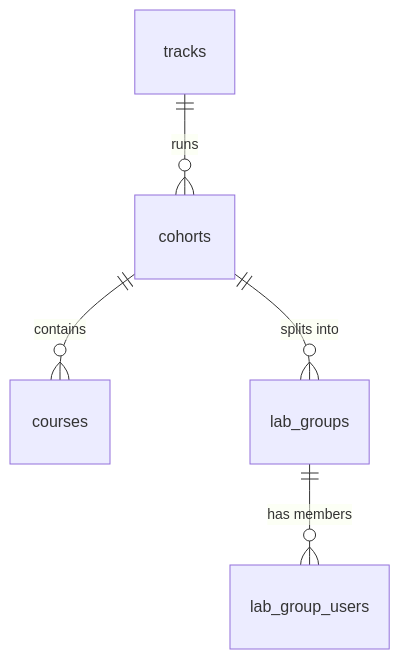
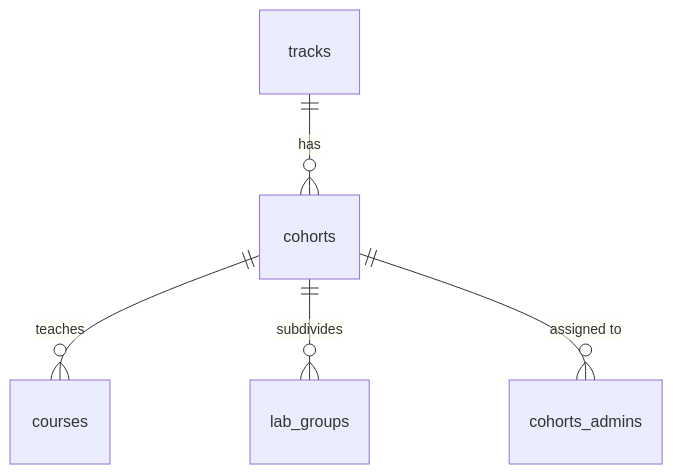
Before and after one commit to AndrewEmad14/attendance-and-grading-platform-backend: the second of 6 diagrams in README.md, drawn with Mermaid. The commit also changed other lines of this file and 1 other file, not shown here.

````diff
--- a/README.md
+++ b/README.md
@@ -146,12 +143,7 @@
 ```mermaid
 erDiagram
-    tracks {}
-    cohorts {}
-    courses {}
-    lab_groups {}
-    lab_group_users {}
-    tracks     ||--o{ cohorts        : "runs"
-    cohorts    ||--o{ courses        : "contains"
-    cohorts    ||--o{ lab_groups     : "splits into"
-    lab_groups ||--o{ lab_group_users : "has members"
+    tracks ||--o{ cohorts : "has"
+    cohorts ||--o{ courses : "teaches"
+    cohorts ||--o{ lab_groups : "subdivides"
+    cohorts ||--o{ cohorts_admins : "assigned to"
 ```
````
